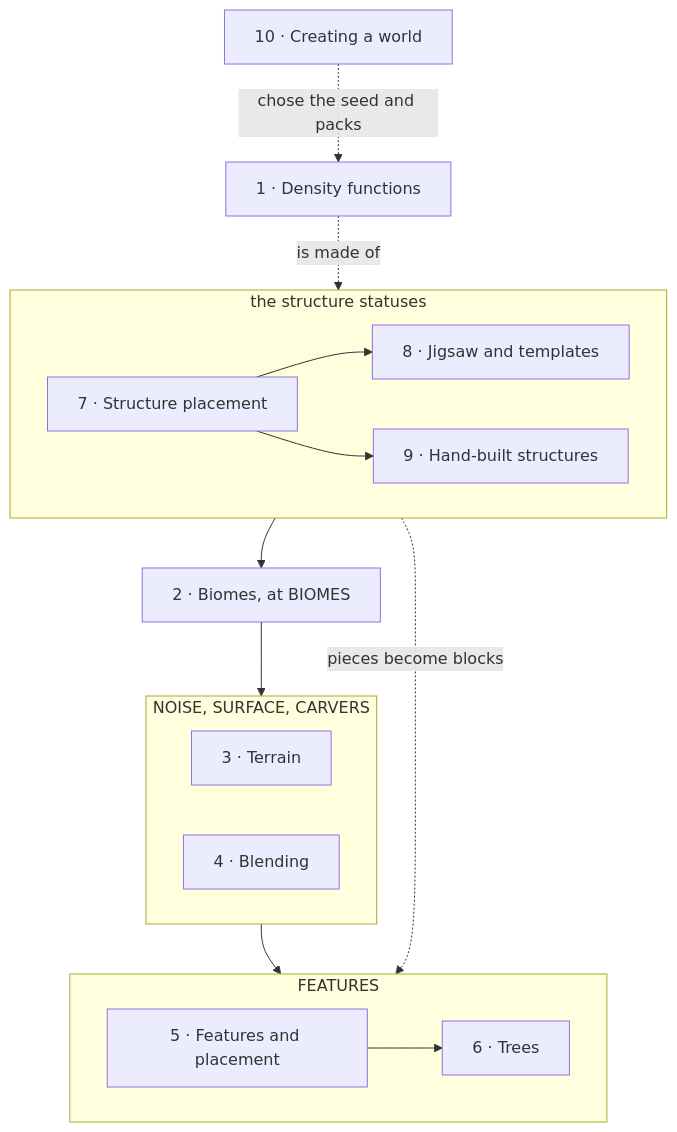
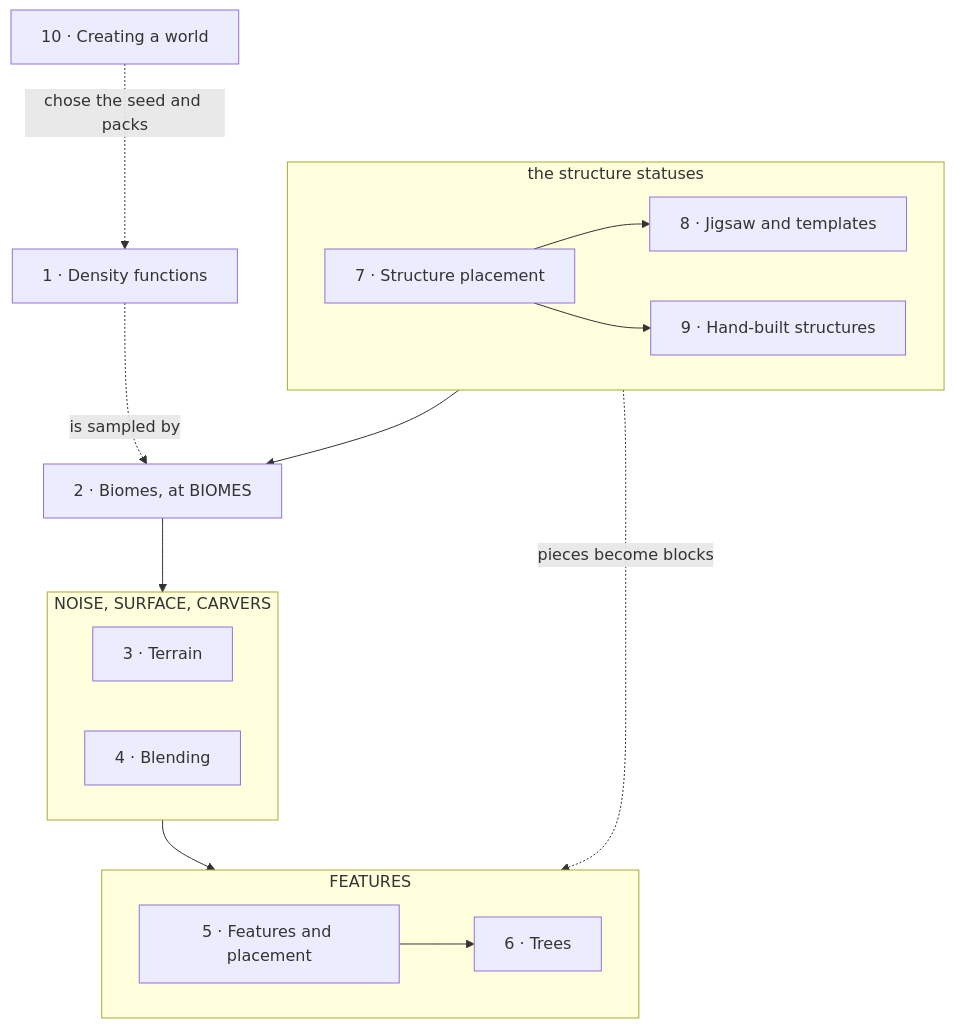
One commit to AlexanderjFraser/MinecraftDocs changed the diagram in src/systems/worldgen/README.md. Above: the diagram before and after it, drawn with Mermaid. The commit also changed other lines of this file and 55 other files, not shown here.

First line of the commit message:
pass 7, session O — the close, before K: the figure gate strict, the landing figures read as one set, and one strike in thirty not borne out

````diff
--- a/src/systems/worldgen/README.md
+++ b/src/systems/worldgen/README.md
@@ -49,20 +48,20 @@
 ```mermaid
 flowchart TD
     CW["10 · Creating a world"] -.->|"chose the seed and packs"| DF["1 · Density functions"]
-    DF -.->|"is made of"| SS
+    DF -.->|"is sampled by"| L2
     subgraph SS["the structure statuses"]
         S7["7 · Structure placement"] --> S8["8 · Jigsaw and templates"]
         S7 --> S9["9 · Hand-built structures"]
     end
     SS --> L2["2 · Biomes, at BIOMES"]
     L2 --> NO
     subgraph NO["NOISE, SURFACE, CARVERS"]
         L3["3 · Terrain"]
         L4["4 · Blending"]
     end
     NO --> FE
     subgraph FE["FEATURES"]
         L5["5 · Features and placement"] --> L6["6 · Trees"]
     end
     SS -.->|"pieces become blocks"| FE
 ```
````
